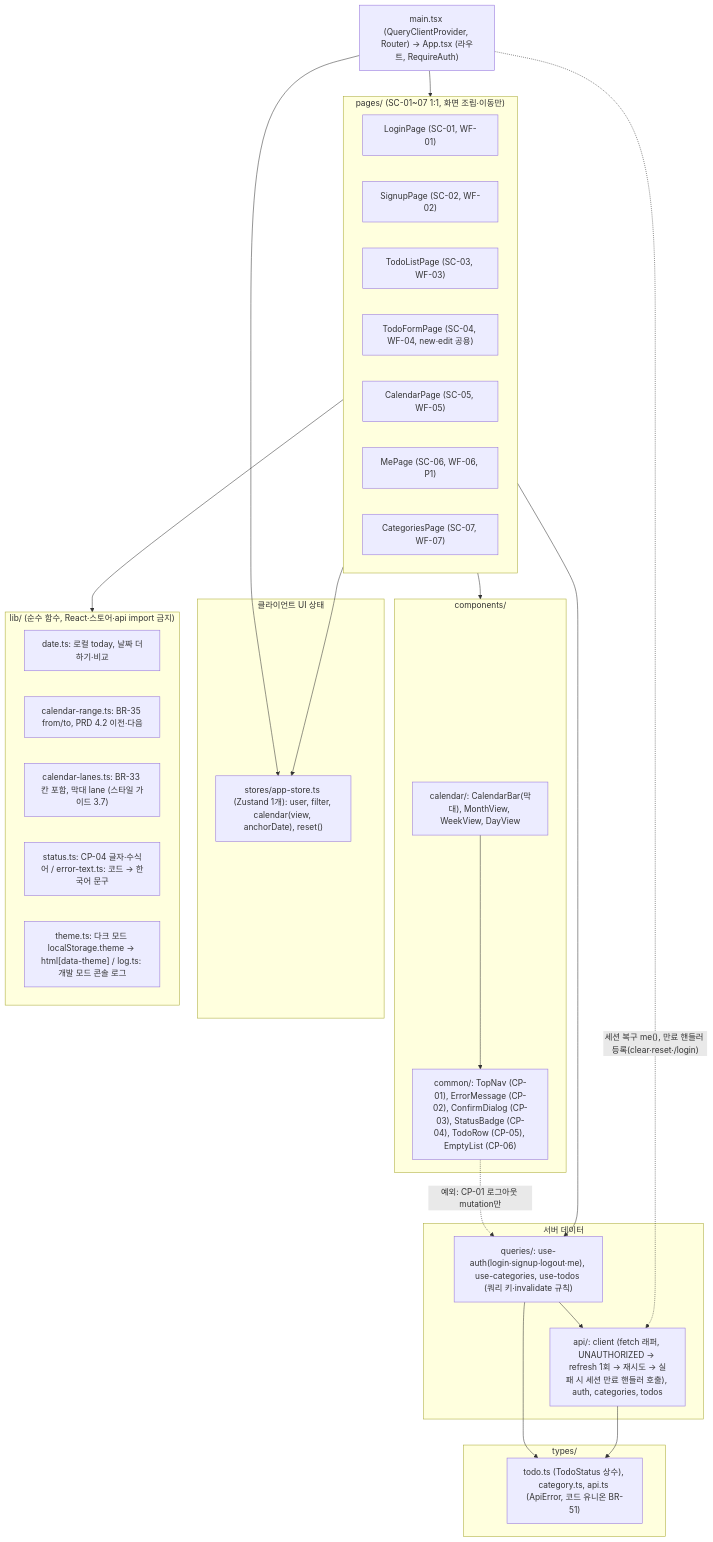
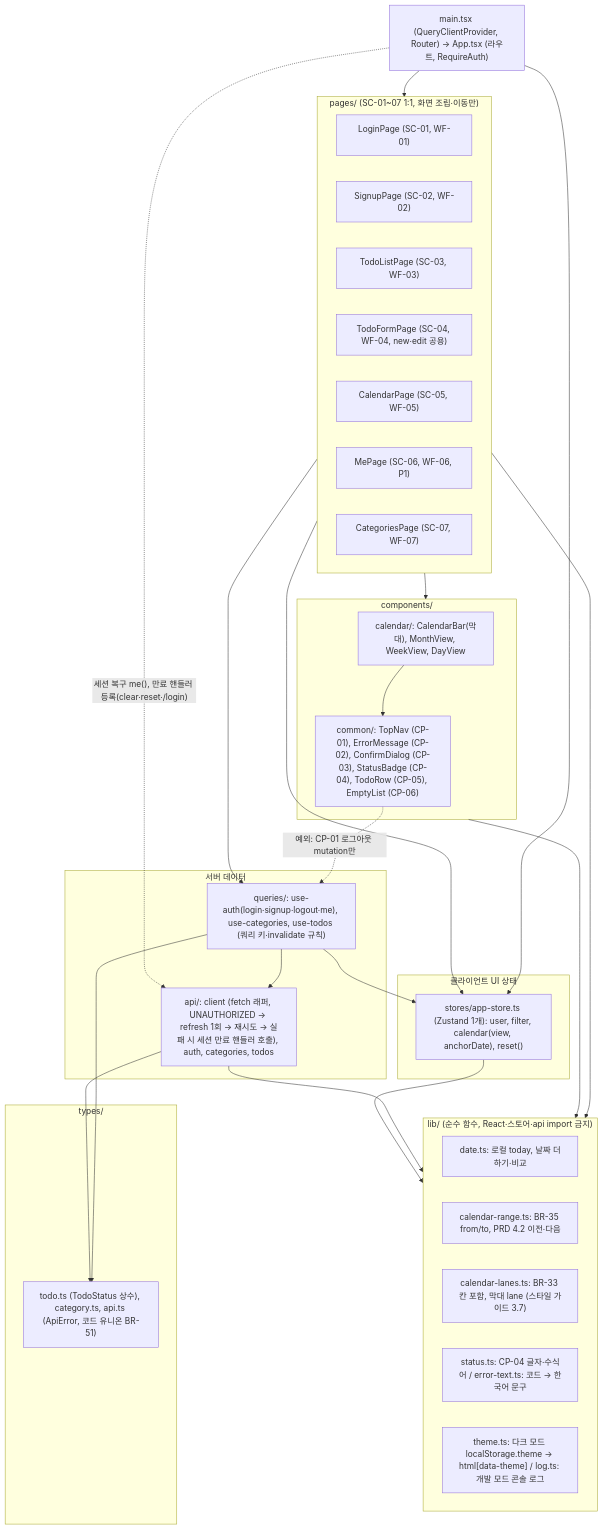
The third of 15 diagrams in docs/6-arch-diagram.md (okbaronok2-tech/todolist_app), drawn with Mermaid before and after one commit. The commit also changed other lines of this file and 19 other files, not shown here.

````diff
--- a/docs/6-arch-diagram.md
+++ b/docs/6-arch-diagram.md
@@ -101,51 +102,55 @@
 ```mermaid
 flowchart TB
     subgraph PAGES["pages/ (SC-01~07 1:1, 화면 조립·이동만)"]
         P1["LoginPage (SC-01, WF-01)"]
         P2["SignupPage (SC-02, WF-02)"]
         P3["TodoListPage (SC-03, WF-03)"]
         P4["TodoFormPage (SC-04, WF-04, new·edit 공용)"]
         P5["CalendarPage (SC-05, WF-05)"]
         P6["MePage (SC-06, WF-06, P1)"]
         P7["CategoriesPage (SC-07, WF-07)"]
     end
 
     subgraph COMP["components/"]
         CAL["calendar/: CalendarBar(막대), MonthView, WeekView, DayView"]
         CMN["common/: TopNav (CP-01), ErrorMessage (CP-02), ConfirmDialog (CP-03), StatusBadge (CP-04), TodoRow (CP-05), EmptyList (CP-06)"]
     end
 
     subgraph DATA["서버 데이터"]
         Q["queries/: use-auth(login·signup·logout·me), use-categories, use-todos (쿼리 키·invalidate 규칙)"]
         API["api/: client (fetch 래퍼, UNAUTHORIZED → refresh 1회 → 재시도 → 실패 시 세션 만료 핸들러 호출), auth, categories, todos"]
     end
 
     subgraph STATE["클라이언트 UI 상태"]
         ST["stores/app-store.ts (Zustand 1개): user, filter, calendar(view, anchorDate), reset()"]
     end
 
     subgraph LIB["lib/ (순수 함수, React·스토어·api import 금지)"]
         L1["date.ts: 로컬 today, 날짜 더하기·비교"]
         L2["calendar-range.ts: BR-35 from/to, PRD 4.2 이전·다음"]
         L3["calendar-lanes.ts: BR-33 칸 포함, 막대 lane (스타일 가이드 3.7)"]
         L4["status.ts: CP-04 글자·수식어 / error-text.ts: 코드 → 한국어 문구"]
         L5["theme.ts: 다크 모드 localStorage.theme → html[data-theme] / log.ts: 개발 모드 콘솔 로그"]
     end
 
     subgraph TYPES["types/"]
         T["todo.ts (TodoStatus 상수), category.ts, api.ts (ApiError, 코드 유니온 BR-51)"]
     end
 
     ROOT["main.tsx (QueryClientProvider, Router) → App.tsx (라우트, RequireAuth)"] --> PAGES
     PAGES --> COMP
     PAGES --> Q
     PAGES --> ST
     PAGES --> LIB
+    COMP --> LIB
+    API --> LIB
+    Q --> ST
+    ST --> LIB
     CAL --> CMN
     CMN -.->|"예외: CP-01 로그아웃 mutation만"| Q
     Q --> API
     ROOT -.->|"세션 복구 me(), 만료 핸들러 등록(clear·reset·/login)"| API
     ROOT --> ST
     Q --> T
     API --> T
 ```
````
